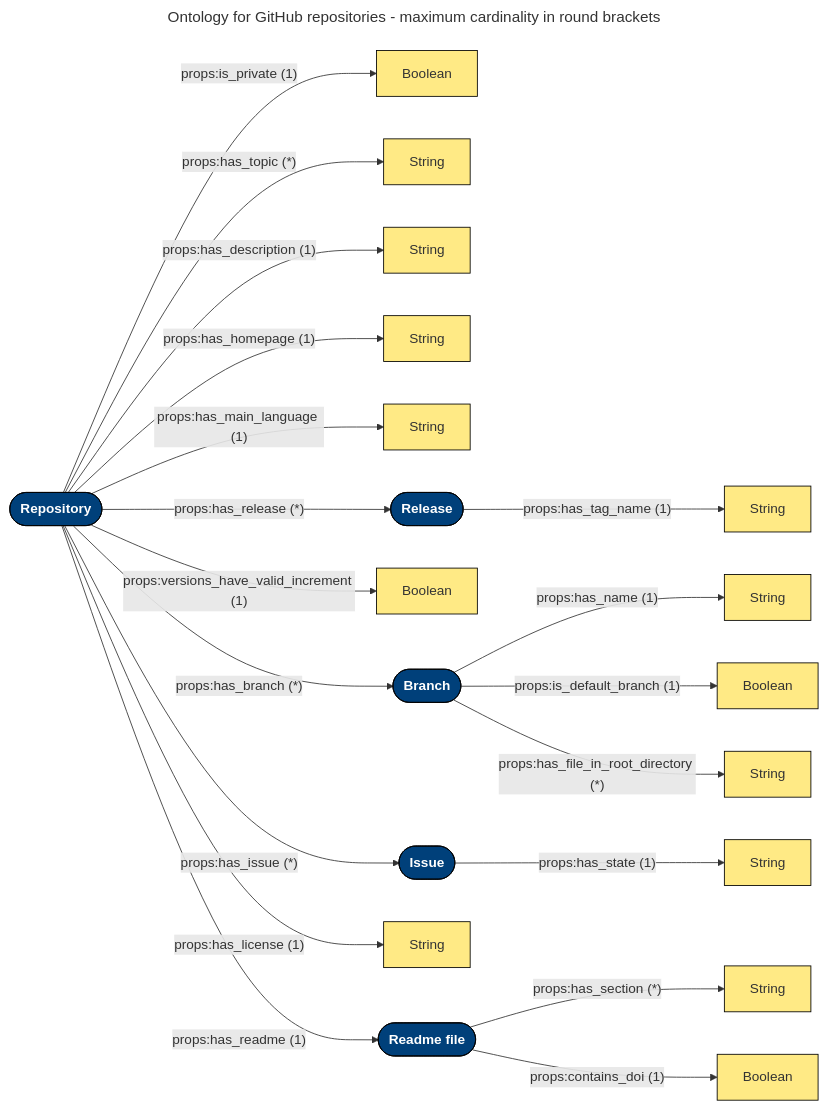
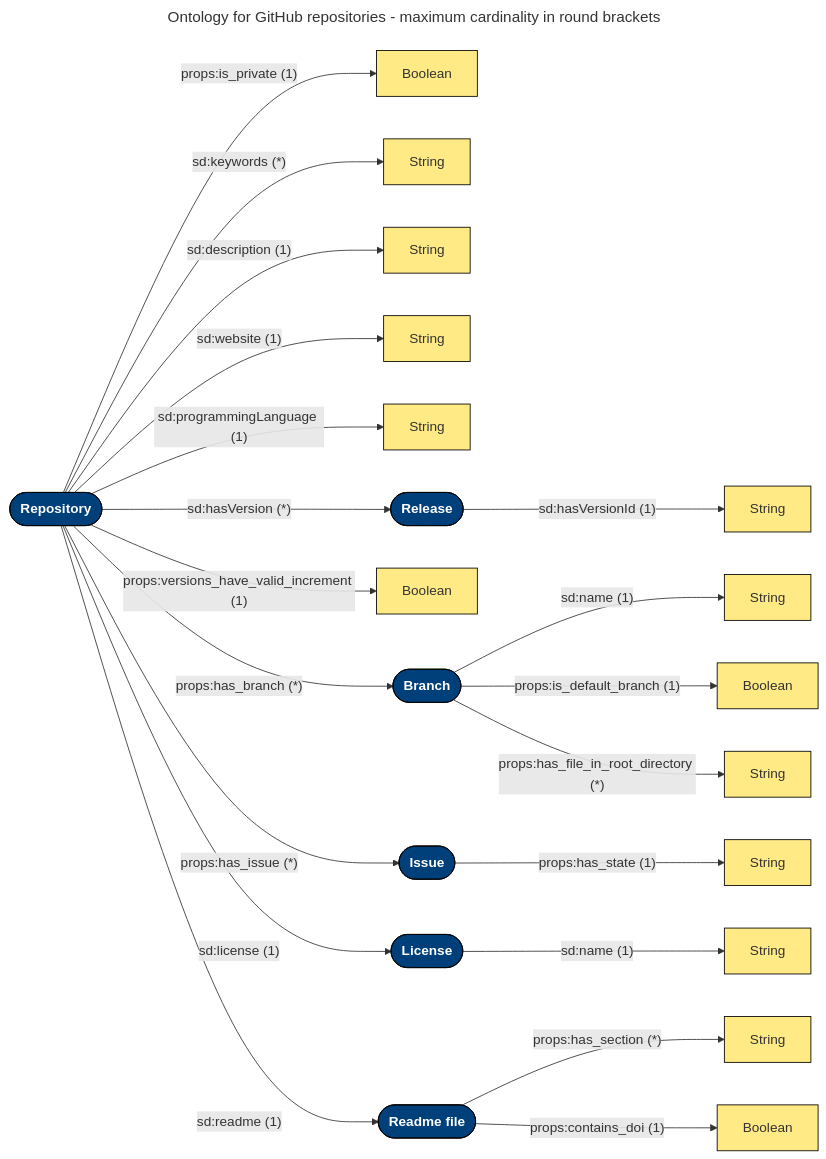
Before and after one commit to uniba-mi/quare: the diagram in README.md, drawn with Mermaid. The commit also changed other lines of this file and 2 other files, not shown here.

Commit message:
Use properties from the Software Description Ontology (#24)

````diff
--- a/README.md
+++ b/README.md
@@ -47,56 +47,58 @@
 ```mermaid
 ---
 title: Ontology for GitHub repositories - maximum cardinality in round brackets
 ---
 flowchart LR
 %% NODE SECTION
 %% IRIs and Literals that are directly linked to the repository node
     repo([<b>Repository</b>]):::iri
     visibility[Boolean]:::literal
     topic[String]:::literal
     description[String]:::literal
     homepage[String]:::literal
     mainLanguage[String]:::literal
     release([<b>Release</b>]):::iri
     validVersionIncrement[Boolean]:::literal
     branch([<b>Branch</b>]):::iri
     issue([<b>Issue</b>]):::iri
-    license[String]:::literal
+    license([<b>License</b>]):::iri
     readme([<b>Readme file</b>]):::iri
 
 %% Literals that can be reached from the other IRIs
     tagName[String]:::literal
     branchName[String]:::literal
     isDefaultBranch[Boolean]:::literal
     fileInRootDirectory[String]:::literal
     issueState[String]:::literal
+    licenseName[String]:::literal
     readmeSection[String]:::literal
     doiInReadme[Boolean]:::literal
 
 %% LINK SECTION
 %% Outgoing links of the repository node
     repo -- "props:is_private (1)" --> visibility
-    repo -- "props:has_topic (*)" --> topic
-    repo -- "props:has_description (1)" --> description
-    repo -- "props:has_homepage (1)" --> homepage
-    repo -- "props:has_main_language (1)" --> mainLanguage
-    repo -- "props:has_release (*)" --> release
+    repo -- "sd:keywords (*)" --> topic
+    repo -- "sd:description (1)" --> description
+    repo -- "sd:website (1)" --> homepage
+    repo -- "sd:programmingLanguage (1)" --> mainLanguage
+    repo -- "sd:hasVersion (*)" --> release
     repo -- "props:versions_have_valid_increment (1)" --> validVersionIncrement
     repo -- "props:has_branch (*)" --> branch
     repo -- "props:has_issue (*)" --> issue
-    repo -- "props:has_license (1)" --> license
-    repo -- "props:has_readme (1)" --> readme
+    repo -- "sd:license (1)" --> license
+    repo -- "sd:readme (1)" --> readme
 
 %% Outgoing links of the other IRIs
-    release -- "props:has_tag_name (1)" --> tagName
-    branch -- "props:has_name (1)" --> branchName
+    release -- "sd:hasVersionId (1)" --> tagName
+    branch -- "sd:name (1)" --> branchName
     branch -- "props:is_default_branch (1)" --> isDefaultBranch
     branch -- "props:has_file_in_root_directory (*)" --> fileInRootDirectory
     issue -- "props:has_state (1)" --> issueState
+    license -- "sd:name (1)" --> licenseName
     readme -- "props:has_section (*)" --> readmeSection
     readme -- "props:contains_doi (1)" --> doiInReadme
 
 %% STYLING
     classDef literal fill:#FFEA85, stroke:#000
     classDef iri fill:#00407A, color:white, stroke:#000
 ```
````
